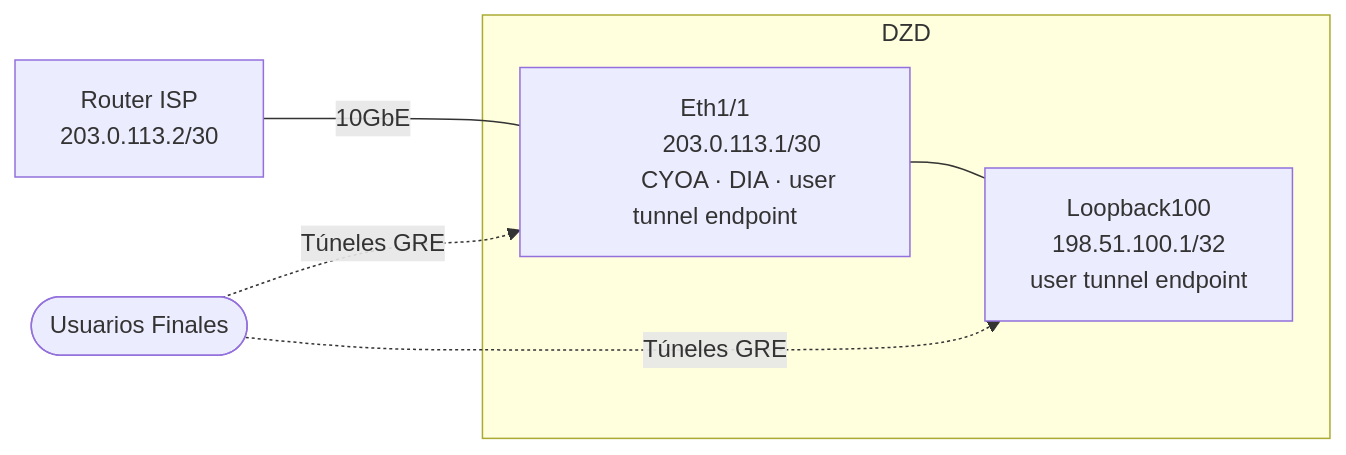
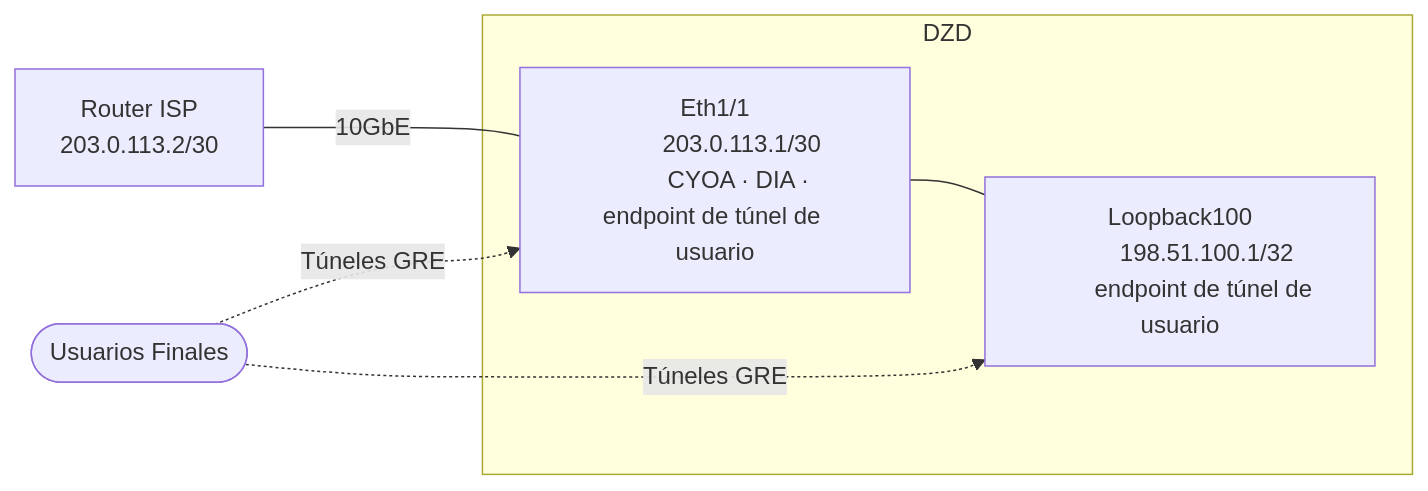
Before and after one commit to malbeclabs/docs: the eighth of 13 diagrams in docs/contribute-provisioning.es.md, drawn with Mermaid. The commit also changed other lines of this file and 160 other files, not shown here.

````diff
--- a/docs/contribute-provisioning.es.md
+++ b/docs/contribute-provisioning.es.md
@@ -392,20 +460,20 @@
 ```mermaid
 flowchart LR
     USERS(["Usuarios Finales"])
 
     subgraph DZD["DZD"]
         E1["Eth1/1
         203.0.113.1/30
-        CYOA · DIA · user tunnel endpoint"]
+        CYOA · DIA · endpoint de túnel de usuario"]
         LO["Loopback100
-        198.51.100.1/32\n        user tunnel endpoint"]
+        198.51.100.1/32\n        endpoint de túnel de usuario"]
         E1 --- LO
     end
 
     ISP["Router ISP
     203.0.113.2/30"]
 
     ISP -- "10GbE" --- E1
     USERS -. "Túneles GRE" .-> E1
     USERS -. "Túneles GRE" .-> LO
 ```
````
